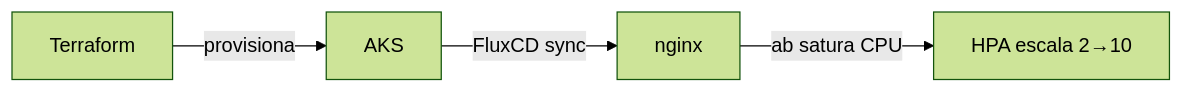
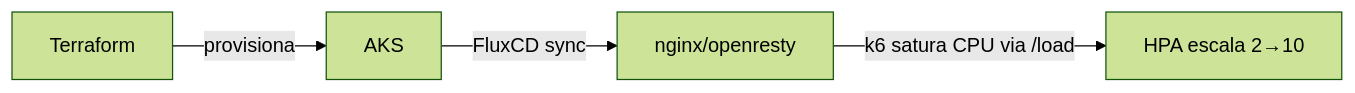
Before and after one commit to luizbrito7/cp03-scalability.fiap: the diagram in README.md, drawn with Mermaid (forest theme). The commit also changed other lines of this file and 1 other file, not shown here.

First line of the commit message:
docs: sync root and fluxcd READMEs with openresty/k6/behavior changes

````diff
--- a/README.md
+++ b/README.md
@@ -13,6 +13,6 @@
 ```mermaid
 flowchart LR
     TF[Terraform] -->|provisiona| AKS[AKS]
-    AKS -->|FluxCD sync| Nginx[nginx]
-    Nginx -->|ab satura CPU| HPA[HPA escala 2→10]
+    AKS -->|FluxCD sync| Nginx[nginx/openresty]
+    Nginx -->|k6 satura CPU via /load| HPA[HPA escala 2→10]
 ```
````
